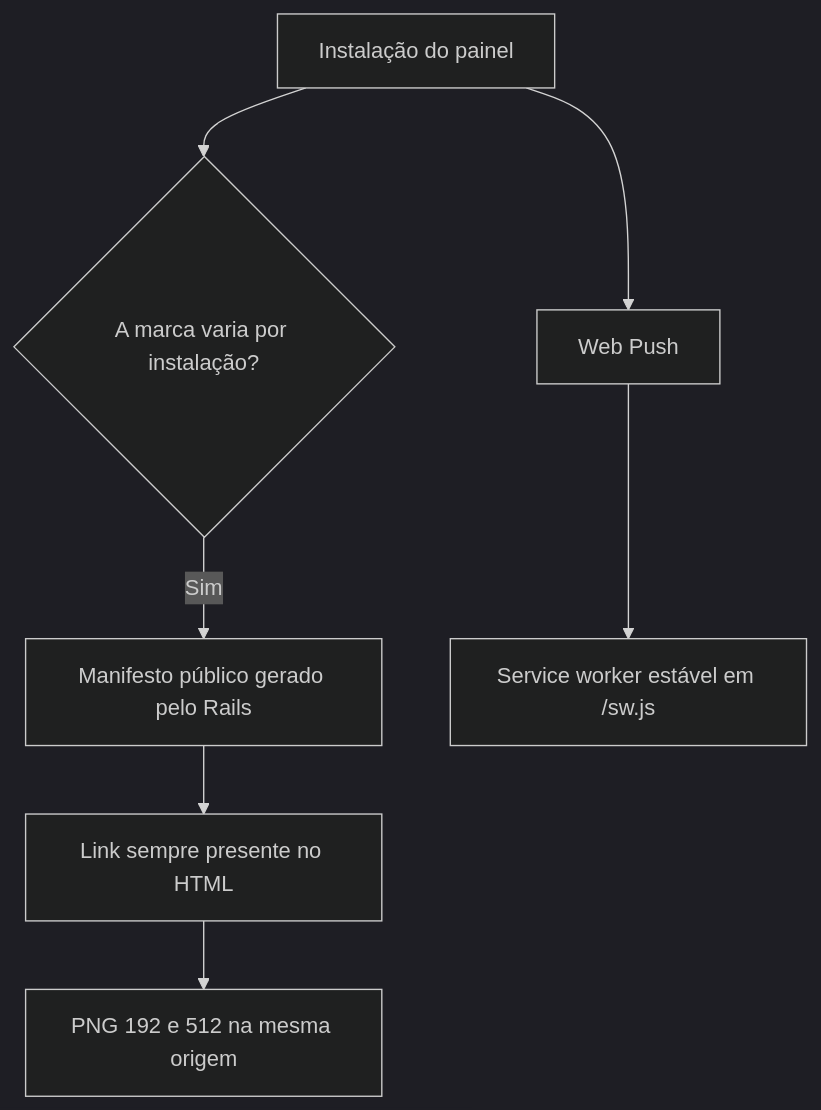
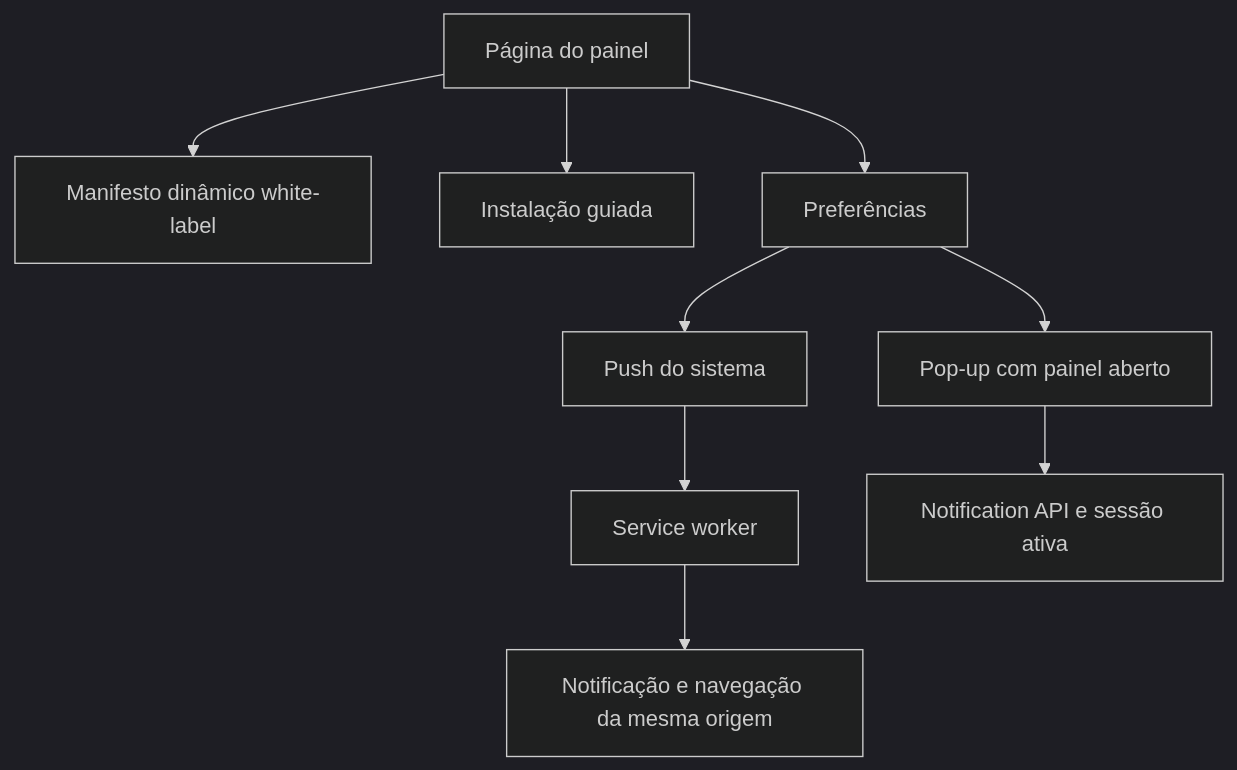
One commit to cesar-carlos/chatwoot changed the diagram in doc/feature/pwa/implementation-decision-tree.md. Above: the diagram before and after it, drawn with Mermaid (dark theme). The commit also changed other lines of this file and 4 other files, not shown here.

````diff
--- a/doc/feature/pwa/implementation-decision-tree.md
+++ b/doc/feature/pwa/implementation-decision-tree.md
@@ -7,9 +5,11 @@
 ```mermaid
 flowchart TD
-  A[Instalação do painel] --> B{A marca varia por instalação?}
-  B -->|Sim| C[Manifesto público gerado pelo Rails]
-  C --> D[Link sempre presente no HTML]
-  D --> E[PNG 192 e 512 na mesma origem]
-  A --> F[Web Push]
-  F --> G[Service worker estável em /sw.js]
+  A[Página do painel] --> B[Manifesto dinâmico white-label]
+  A --> C[Instalação guiada]
+  A --> D[Preferências]
+  D --> E[Push do sistema]
+  D --> F[Pop-up com painel aberto]
+  E --> G[Service worker]
+  G --> H[Notificação e navegação da mesma origem]
+  F --> I[Notification API e sessão ativa]
 ```
````
